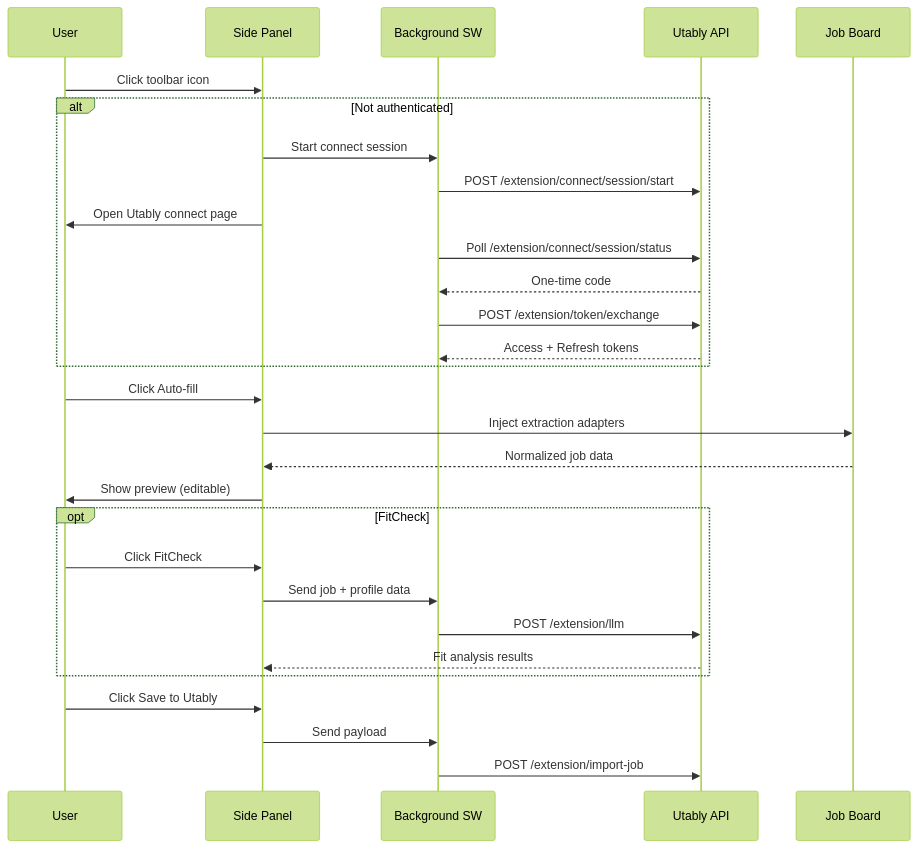
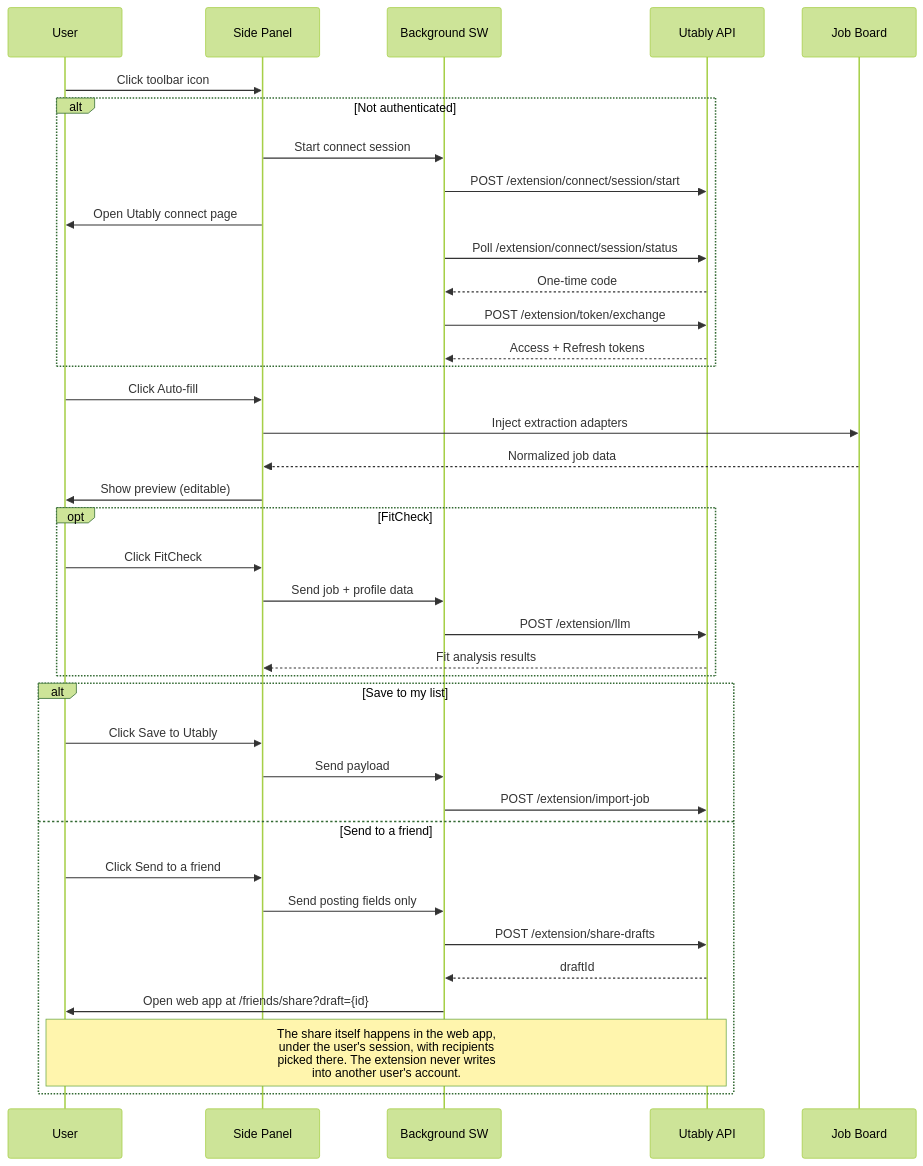
The diagram in docs/architecture.md (utably/utably-browser-plugin), drawn with Mermaid (forest theme) before and after one commit. The commit also changed other lines of this file and 12 other files, not shown here.

First line of the commit message:
Add "Send to a friend" to the capture popup

````diff
--- a/docs/architecture.md
+++ b/docs/architecture.md
@@ -16,32 +16,41 @@
 ```mermaid
 sequenceDiagram
     participant U as User
     participant SP as Side Panel
     participant BG as Background SW
     participant API as Utably API
     participant Page as Job Board
 
     U->>SP: Click toolbar icon
     alt Not authenticated
         SP->>BG: Start connect session
         BG->>API: POST /extension/connect/session/start
         SP->>U: Open Utably connect page
         BG->>API: Poll /extension/connect/session/status
         API-->>BG: One-time code
         BG->>API: POST /extension/token/exchange
         API-->>BG: Access + Refresh tokens
     end
     U->>SP: Click Auto-fill
     SP->>Page: Inject extraction adapters
     Page-->>SP: Normalized job data
     SP->>U: Show preview (editable)
     opt FitCheck
         U->>SP: Click FitCheck
         SP->>BG: Send job + profile data
         BG->>API: POST /extension/llm
         API-->>SP: Fit analysis results
     end
-    U->>SP: Click Save to Utably
-    SP->>BG: Send payload
-    BG->>API: POST /extension/import-job
+    alt Save to my list
+        U->>SP: Click Save to Utably
+        SP->>BG: Send payload
+        BG->>API: POST /extension/import-job
+    else Send to a friend
+        U->>SP: Click Send to a friend
+        SP->>BG: Send posting fields only
+        BG->>API: POST /extension/share-drafts
+        API-->>BG: draftId
+        BG->>U: Open web app at /friends/share?draft={id}
+        Note over U,API: The share itself happens in the web app,<br/>under the user's session, with recipients<br/>picked there. The extension never writes<br/>into another user's account.
+    end
 ```
````
